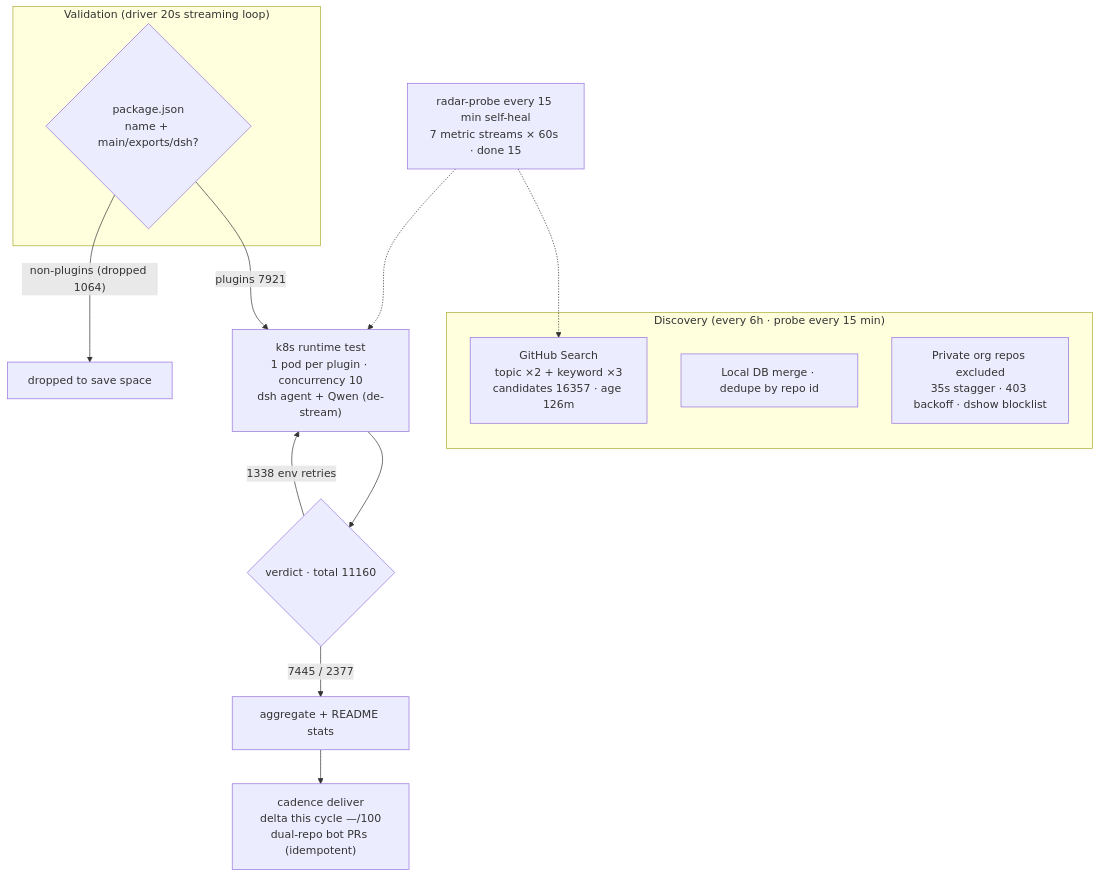
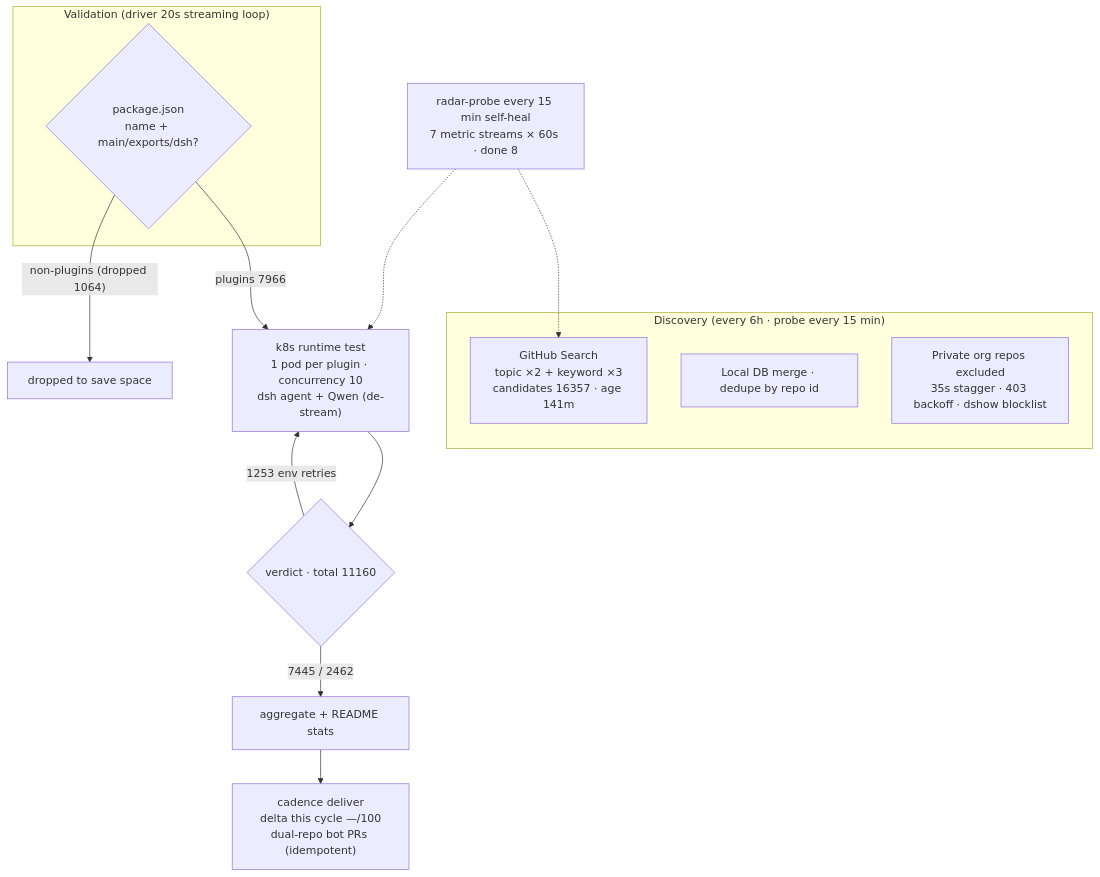
The diagram in README.en-US.md (AdamPlatin123/awesome-dsh-plugins), drawn with Mermaid before and after one commit. The commit also changed other lines of this file and 5 other files, not shown here.

````diff
--- a/README.en-US.md
+++ b/README.en-US.md
@@ -45,20 +45,20 @@
 ```mermaid
 flowchart TB
     subgraph Discovery["Discovery (every 6h · probe every 15 min)"]
-        A1["GitHub Search<br/>topic ×2 + keyword ×3<br/>candidates 16357 · age 126m"]
+        A1["GitHub Search<br/>topic ×2 + keyword ×3<br/>candidates 16357 · age 141m"]
         A2["Local DB merge · dedupe by repo id"]
         A3["Private org repos excluded<br/>35s stagger · 403 backoff · dshow blocklist"]
     end
     subgraph Validation["Validation (driver 20s streaming loop)"]
         B1{"package.json<br/>name + main/exports/dsh?"}
     end
-    B1 -->|"plugins 7921"| C1["k8s runtime test<br/>1 pod per plugin · concurrency 10<br/>dsh agent + Qwen (de-stream)"]
+    B1 -->|"plugins 7966"| C1["k8s runtime test<br/>1 pod per plugin · concurrency 10<br/>dsh agent + Qwen (de-stream)"]
     B1 -->|"non-plugins (dropped 1064)"| B3["dropped to save space"]
     C1 --> D1{"verdict · total 11160"}
-    D1 -->|"7445 / 2377"| E1["aggregate + README stats"]
-    D1 -->|"1338 env retries"| C1
+    D1 -->|"7445 / 2462"| E1["aggregate + README stats"]
+    D1 -->|"1253 env retries"| C1
     E1 --> E2["cadence deliver<br/>delta this cycle —/100<br/>dual-repo bot PRs (idempotent)"]
-    M["radar-probe every 15 min self-heal<br/>7 metric streams × 60s · done 15"]
+    M["radar-probe every 15 min self-heal<br/>7 metric streams × 60s · done 8"]
     M -.-> A1
     M -.-> C1
 ```
````
